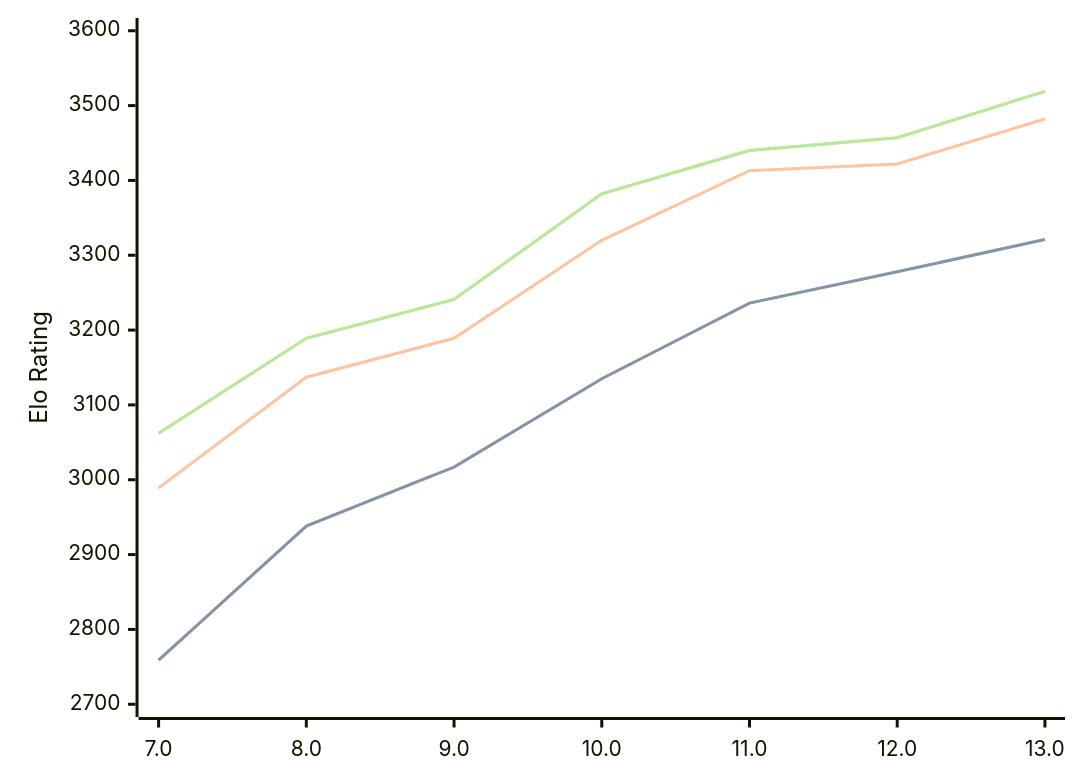
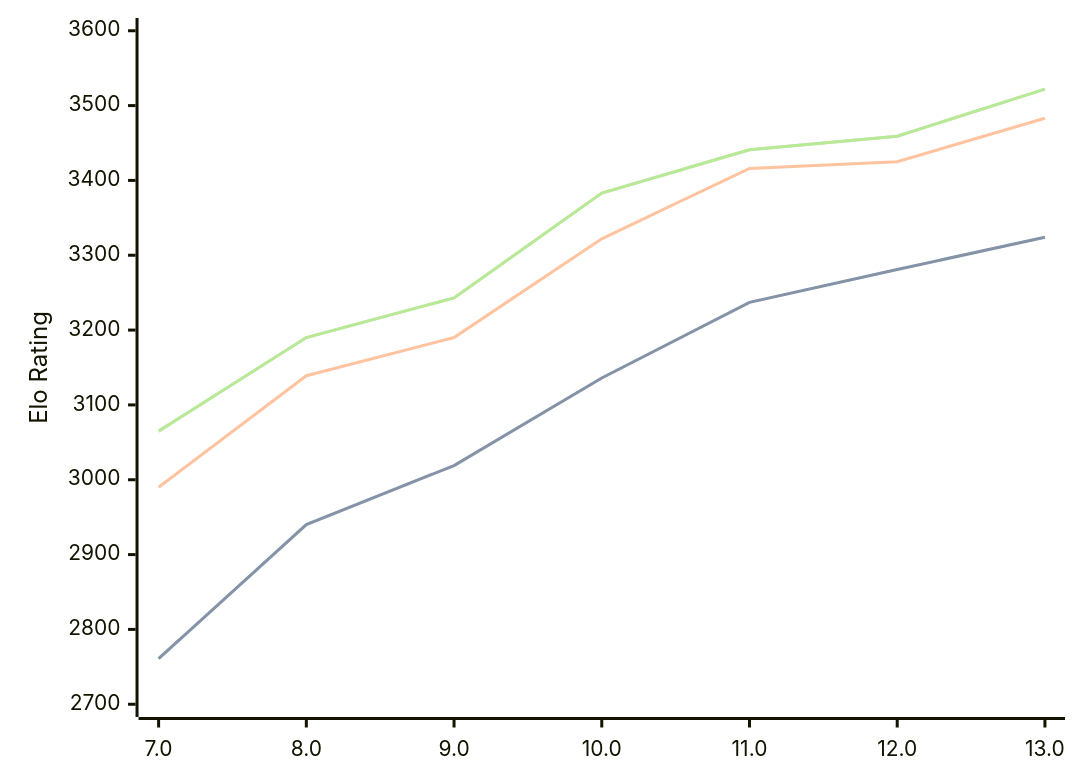
One commit to computer-chess-index/cci changed the diagram in engines/Tcheran.md. Above: the diagram before and after it, drawn with Mermaid. The commit also changed other lines of this file, not shown here.

Commit message:
Update CCI Ratings (ELO VLTC) - 2026-08-23

````diff
--- a/engines/Tcheran.md
+++ b/engines/Tcheran.md
@@ -37,11 +37,11 @@
 ```mermaid
 %%{init: {"theme":"base","themeVariables":{"seriesColors:['#a3a3a3','#222221','#faa371']}}}%%
 xychart-beta
   x-axis ["7.0", "8.0", "9.0", "10.0", "11.0", "12.0", "13.0"]
   y-axis "Elo Rating" 2700 --> 3600
-  line "STC (8.0+0.08s)" [2759, 2938, 3017, 3135, 3236, 3278, 3321]
-  line "STC (8.0+0.08s)" [2759, 2938, 3017, 3135, 3236, 3278, 3321]
-  line "LTC (60.0+0.60s)" [2989, 3137, 3189, 3320, 3413, 3422, 3482]
-  line "VLTC (2m24s+1.12s)" [3062, 3189, 3241, 3382, 3440, 3457, 3519]
-  line "VLTC (2m24s+1.12s)" [3062, 3189, 3241, 3382, 3440, 3457, 3519]
+  line "STC (8.0+0.08s)" [2761, 2940, 3019, 3136, 3237, 3281, 3324]
+  line "STC (8.0+0.08s)" [2761, 2940, 3019, 3136, 3237, 3281, 3324]
+  line "LTC (60.0+0.60s)" [2990, 3139, 3190, 3322, 3416, 3425, 3483]
+  line "VLTC (2m24s+1.12s)" [3065, 3190, 3243, 3383, 3441, 3459, 3522]
+  line "VLTC (2m24s+1.12s)" [3065, 3190, 3243, 3383, 3441, 3459, 3522]
 ```
````
